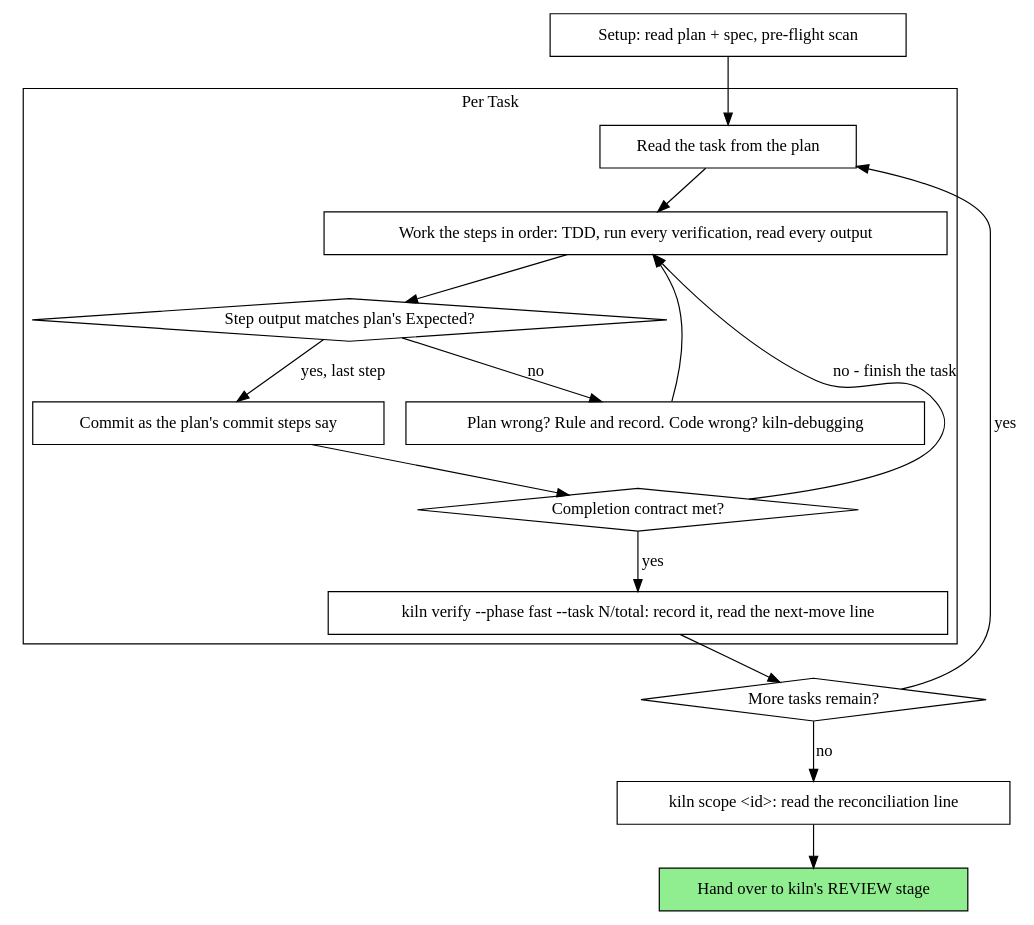
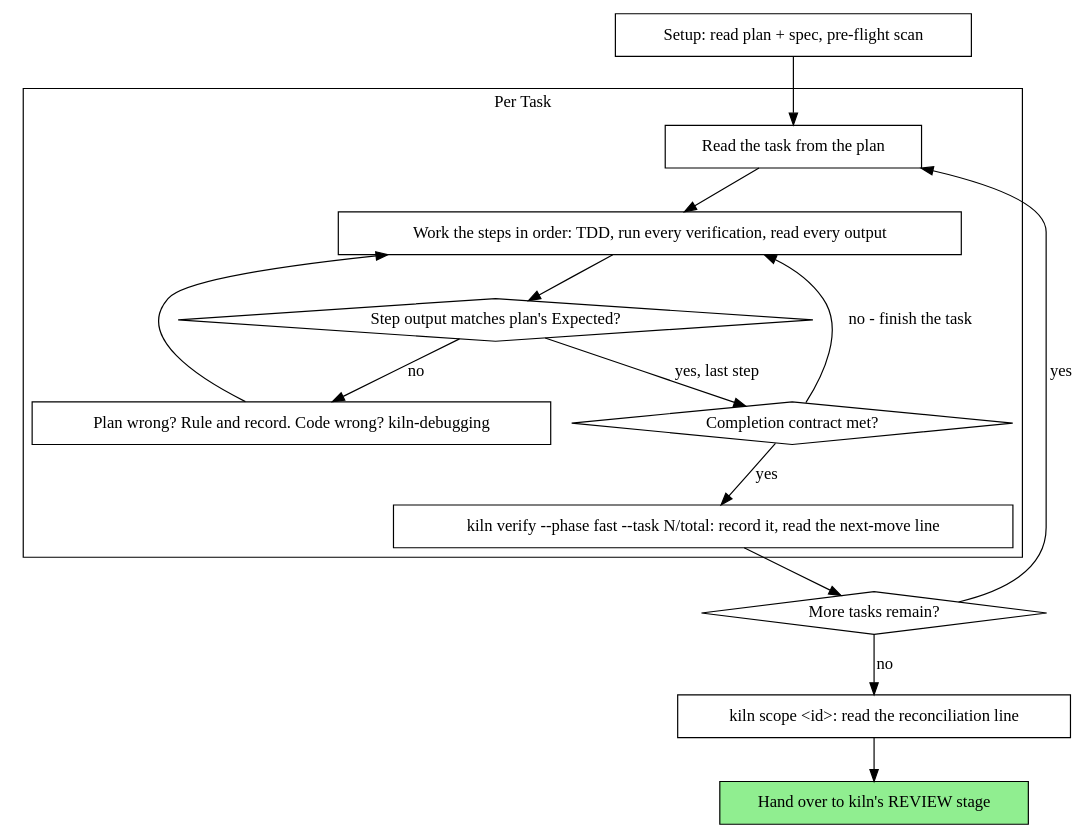
The diagram in skills/kiln-implement/SKILL.md (ttncode/kiln), drawn with Graphviz before and after one commit. The commit also changed other lines of this file and 10 other files, not shown here.

````diff
--- a/skills/kiln-implement/SKILL.md
+++ b/skills/kiln-implement/SKILL.md
@@ -66,35 +66,33 @@
 ```dot
 digraph process {
     rankdir=TB;
 
     subgraph cluster_per_task {
         label="Per Task";
         "Read the task from the plan" [shape=box];
         "Work the steps in order: TDD, run every verification, read every output" [shape=box];
         "Step output matches plan's Expected?" [shape=diamond];
         "Plan wrong? Rule and record. Code wrong? kiln-debugging" [shape=box];
-        "Commit as the plan's commit steps say" [shape=box];
         "Completion contract met?" [shape=diamond];
         "kiln verify --phase fast --task N/total: record it, read the next-move line" [shape=box];
     }
 
     "Setup: read plan + spec, pre-flight scan" [shape=box];
     "More tasks remain?" [shape=diamond];
     "kiln scope <id>: read the reconciliation line" [shape=box];
     "Hand over to kiln's REVIEW stage" [shape=box style=filled fillcolor=lightgreen];
 
     "Setup: read plan + spec, pre-flight scan" -> "Read the task from the plan";
     "Read the task from the plan" -> "Work the steps in order: TDD, run every verification, read every output";
     "Work the steps in order: TDD, run every verification, read every output" -> "Step output matches plan's Expected?";
     "Step output matches plan's Expected?" -> "Plan wrong? Rule and record. Code wrong? kiln-debugging" [label="no"];
     "Plan wrong? Rule and record. Code wrong? kiln-debugging" -> "Work the steps in order: TDD, run every verification, read every output";
-    "Step output matches plan's Expected?" -> "Commit as the plan's commit steps say" [label="yes, last step"];
-    "Commit as the plan's commit steps say" -> "Completion contract met?";
+    "Step output matches plan's Expected?" -> "Completion contract met?" [label="yes, last step"];
     "Completion contract met?" -> "Work the steps in order: TDD, run every verification, read every output" [label="no - finish the task"];
     "Completion contract met?" -> "kiln verify --phase fast --task N/total: record it, read the next-move line" [label="yes"];
     "kiln verify --phase fast --task N/total: record it, read the next-move line" -> "More tasks remain?";
     "More tasks remain?" -> "Read the task from the plan" [label="yes"];
     "More tasks remain?" -> "kiln scope <id>: read the reconciliation line" [label="no"];
     "kiln scope <id>: read the reconciliation line" -> "Hand over to kiln's REVIEW stage";
 }
 ```
````
